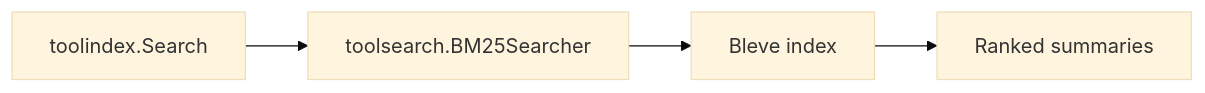
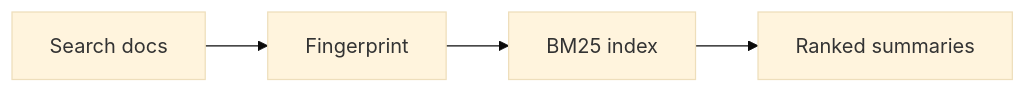
One commit to jonwraymond/toolsearch changed the first of 2 diagrams in docs/architecture.md. Above: the diagram before and after it, drawn with Mermaid (base theme). The commit also changed other lines of this file and 1 other file, not shown here.

Commit message:
Refine documentation diagrams

````diff
--- a/docs/architecture.md
+++ b/docs/architecture.md
@@ -5,6 +7,6 @@
 ```mermaid
 flowchart LR
-  A[toolindex.Search] --> B[toolsearch.BM25Searcher]
-  B --> C[Bleve index]
+  A[Search docs] --> B[Fingerprint]
+  B --> C[BM25 index]
   C --> D[Ranked summaries]
 ```
````
